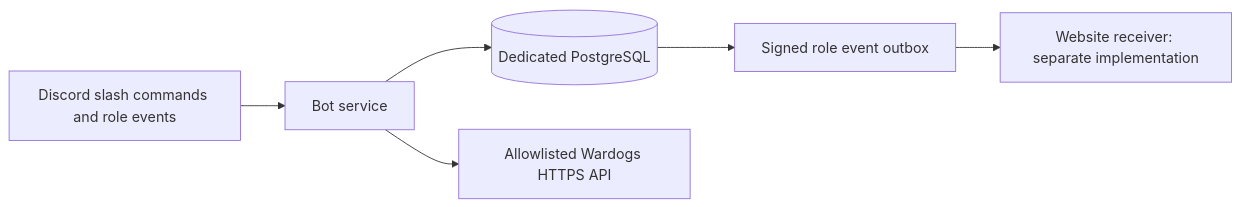
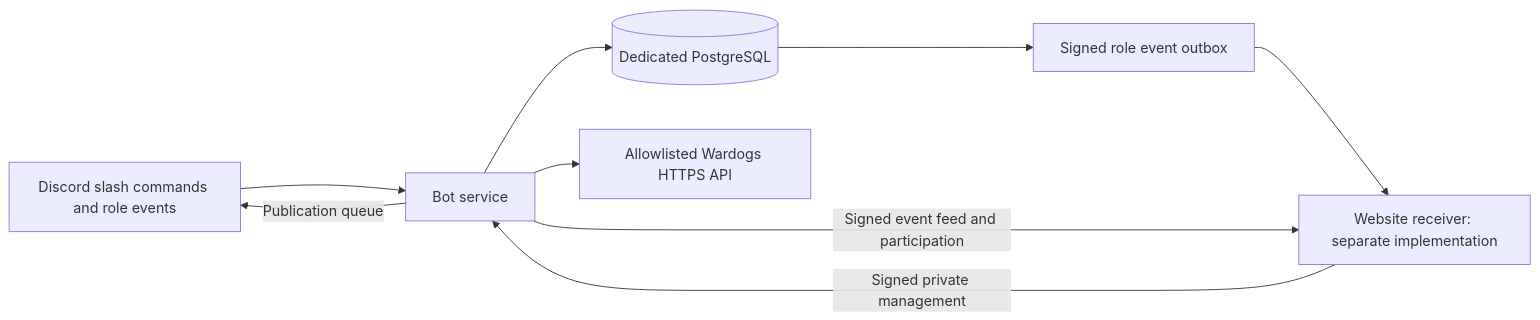
One commit to ValkyriaWDG/bot changed the diagram in README.md. Above: the diagram before and after it, drawn with Mermaid. The commit also changed other lines of this file and 78 other files, not shown here.

First line of the commit message:
feat(bot): add website management and durable publications (#13)

````diff
--- a/README.md
+++ b/README.md
@@ -88,8 +95,11 @@
 ```mermaid
 flowchart LR
   Discord[Discord slash commands and role events] --> Bot[Bot service]
   Bot --> DB[(Dedicated PostgreSQL)]
   Bot --> RCON[Allowlisted Wardogs HTTPS API]
   DB --> Outbox[Signed role event outbox]
   Outbox --> Web[Website receiver: separate implementation]
+  Web -->|Signed private management| Bot
+  Bot -->|Signed event feed and participation| Web
+  Bot -->|Publication queue| Discord
 ```
````
